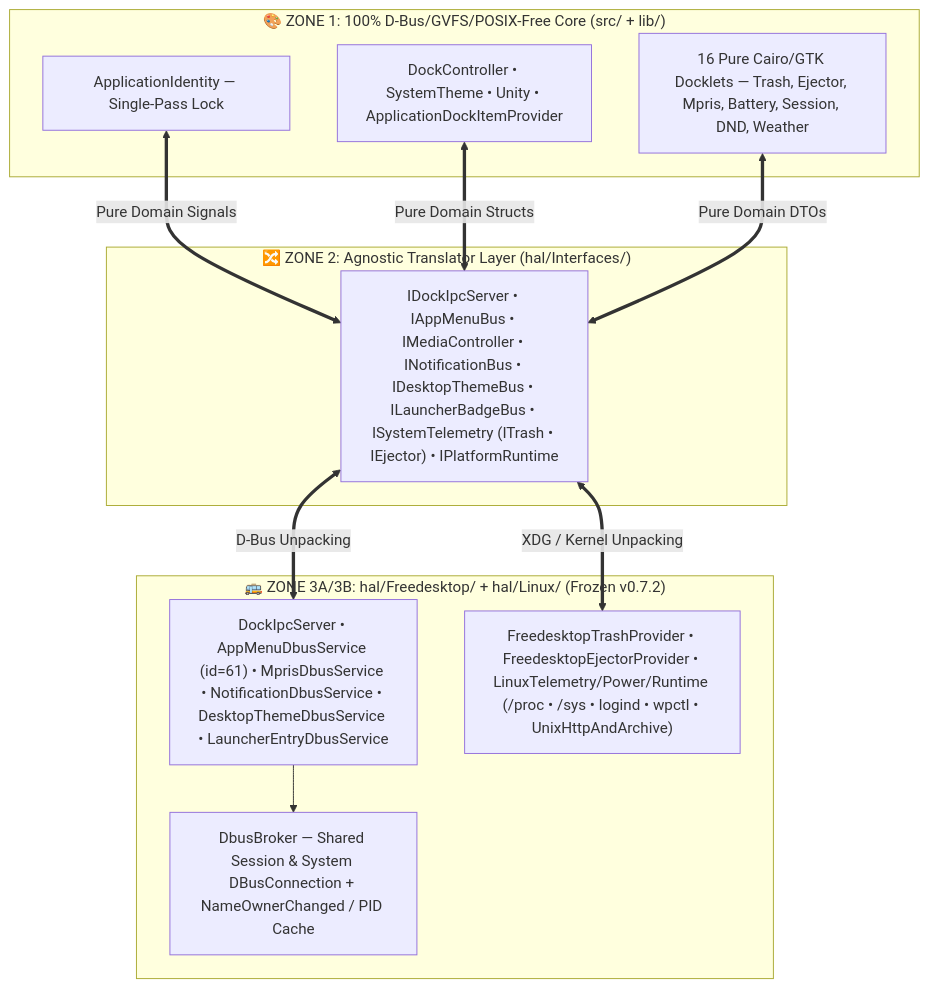
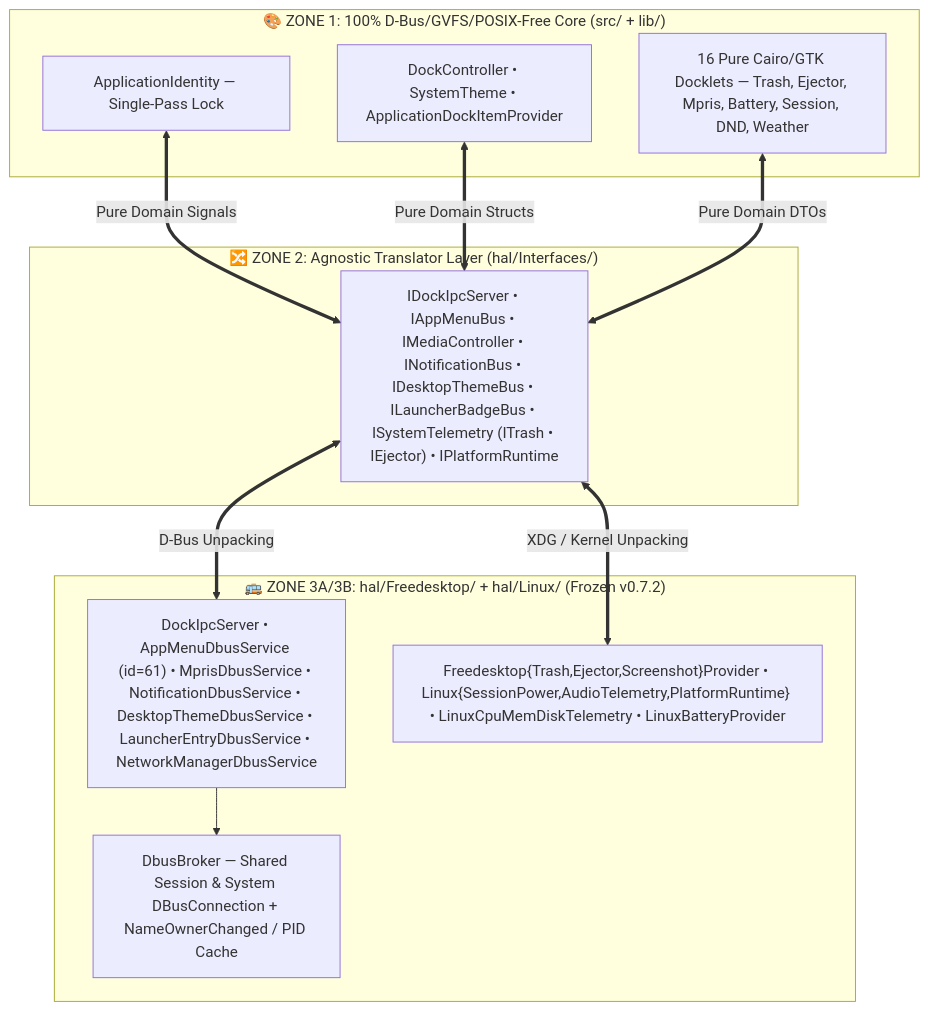
One commit to sergiomelas/WayPlank changed the third of 4 diagrams in Documentation/Architecture/HAL_BUSES.md. Above: the diagram before and after it, drawn with Mermaid. The commit also changed other lines of this file and 5 other files, not shown here.

````diff
--- a/Documentation/Architecture/HAL_BUSES.md
+++ b/Documentation/Architecture/HAL_BUSES.md
@@ -292,25 +292,25 @@
 ```mermaid
 flowchart TD
     subgraph ZONE1_CORE ["🎨 ZONE 1: 100% D-Bus/GVFS/POSIX-Free Core (src/ + lib/)"]
         IDENTITY["ApplicationIdentity — Single-Pass Lock"];
-        CORE_SVC["DockController • SystemTheme • Unity • ApplicationDockItemProvider"];
+        CORE_SVC["DockController • SystemTheme • ApplicationDockItemProvider"];
         DOCKLETS["16 Pure Cairo/GTK Docklets — Trash, Ejector, Mpris, Battery, Session, DND, Weather"];
     end
 
     subgraph ZONE2_TRANS ["🔀 ZONE 2: Agnostic Translator Layer (hal/Interfaces/)"]
         TRANS["IDockIpcServer • IAppMenuBus • IMediaController • INotificationBus • IDesktopThemeBus • ILauncherBadgeBus • ISystemTelemetry (ITrash • IEjector) • IPlatformRuntime"];
     end
 
     subgraph ZONE3_FDO ["🚌 ZONE 3A/3B: hal/Freedesktop/ + hal/Linux/ (Frozen v0.7.2)"]
         BROKER["DbusBroker — Shared Session & System DBusConnection + NameOwnerChanged / PID Cache"];
-        DBUS_SVC["DockIpcServer • AppMenuDbusService (id=61) • MprisDbusService • NotificationDbusService • DesktopThemeDbusService • LauncherEntryDbusService"];
-        XDG_LIN["FreedesktopTrashProvider • FreedesktopEjectorProvider • LinuxTelemetry/Power/Runtime (/proc • /sys • logind • wpctl • UnixHttpAndArchive)"];
+        DBUS_SVC["DockIpcServer • AppMenuDbusService (id=61) • MprisDbusService • NotificationDbusService • DesktopThemeDbusService • LauncherEntryDbusService • NetworkManagerDbusService"];
+        XDG_LIN["Freedesktop{Trash,Ejector,Screenshot}Provider • Linux{SessionPower,AudioTelemetry,PlatformRuntime} • LinuxCpuMemDiskTelemetry • LinuxBatteryProvider"];
         DBUS_SVC --> BROKER;
     end
 
     IDENTITY <==>|"Pure Domain Signals"| TRANS;
     CORE_SVC <==>|"Pure Domain Structs"| TRANS;
     DOCKLETS <==>|"Pure Domain DTOs"| TRANS;
     TRANS <==>|"D-Bus Unpacking"| DBUS_SVC;
     TRANS <==>|"XDG / Kernel Unpacking"| XDG_LIN;
 ```
````
